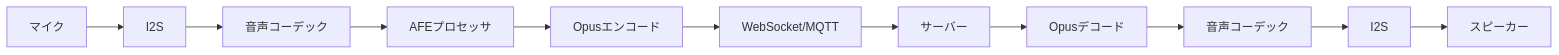
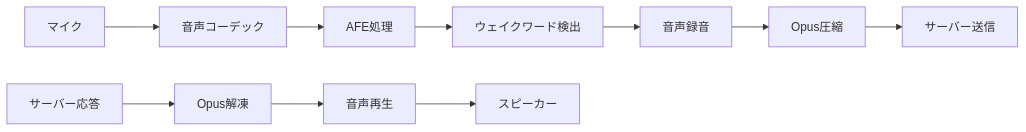
Before and after one commit to nnn112358/xiaozhi-esp32_m5stack: the second of 2 diagrams in docs/XiaoZhi_ESP32_Architecture.md, drawn with Mermaid. The commit also changed other lines of this file and 1 other file, not shown here.

````diff
--- a/docs/XiaoZhi_ESP32_Architecture.md
+++ b/docs/XiaoZhi_ESP32_Architecture.md
@@ -125,6 +252,6 @@
 ```mermaid
 graph LR
-    A[マイク] --> B[I2S] --> C[音声コーデック] --> D[AFEプロセッサ] 
-    D --> E[Opusエンコード] --> F[WebSocket/MQTT] --> G[サーバー]
-    G --> H[Opusデコード] --> I[音声コーデック] --> J[I2S] --> K[スピーカー]
+    A[マイク] --> B[音声コーデック] --> C[AFE処理] --> D[ウェイクワード検出]
+    D --> E[音声録音] --> F[Opus圧縮] --> G[サーバー送信]
+    H[サーバー応答] --> I[Opus解凍] --> J[音声再生] --> K[スピーカー]
 ```
````
